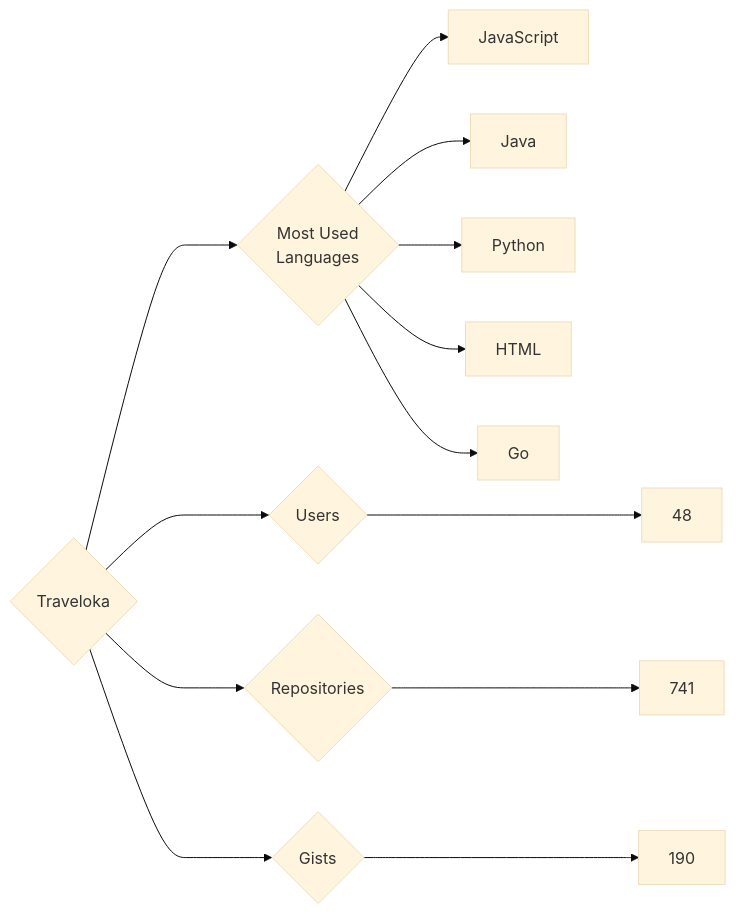
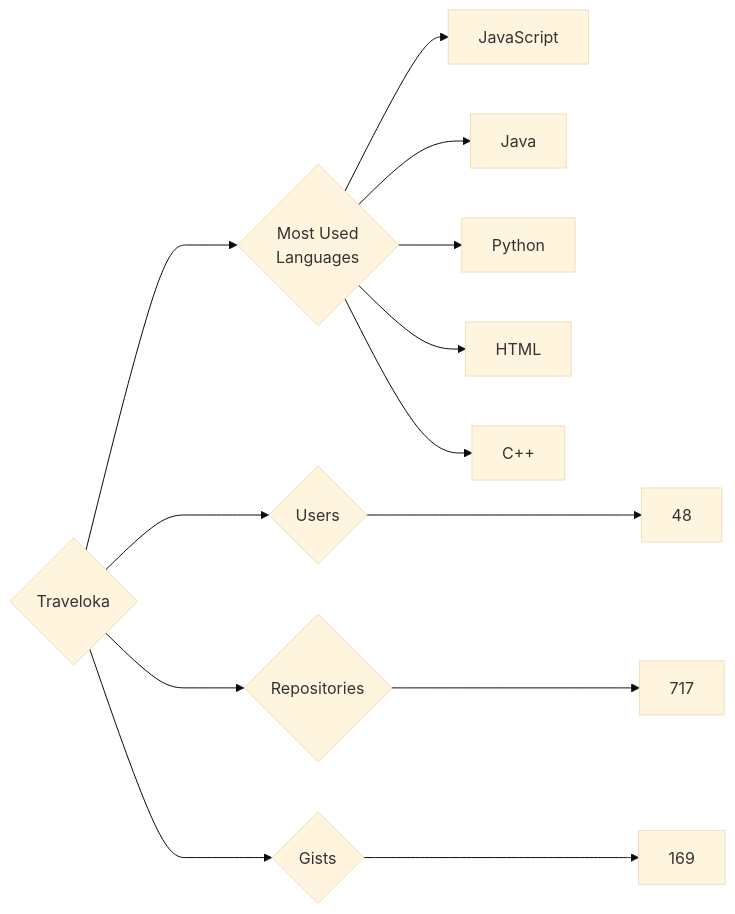
Before and after one commit to trickest/insiders: the diagram in targets/Traveloka/README.md, drawn with Mermaid (base theme). The commit also changed 1011 other files, not shown here.

````diff
--- a/targets/Traveloka/README.md
+++ b/targets/Traveloka/README.md
@@ -3,13 +3,13 @@
 ```mermaid
 graph LR
 COMPANY_NAME{Traveloka}
 COMPANY_NAME ---> U{Users} ---> UN[48]
-COMPANY_NAME ---> R{Repositories} ---> RN[741]
-COMPANY_NAME ---> G{Gists} ---> GN[190]
+COMPANY_NAME ---> R{Repositories} ---> RN[717]
+COMPANY_NAME ---> G{Gists} ---> GN[169]
 COMPANY_NAME ---> ML{Most Used<br>Languages}
 ML --> JavaScript[JavaScript]
 ML --> Java[Java]
 ML --> Python[Python]
 ML --> HTML[HTML]
-ML --> Go[Go]
+ML --> C++[C++]
 ```
````
